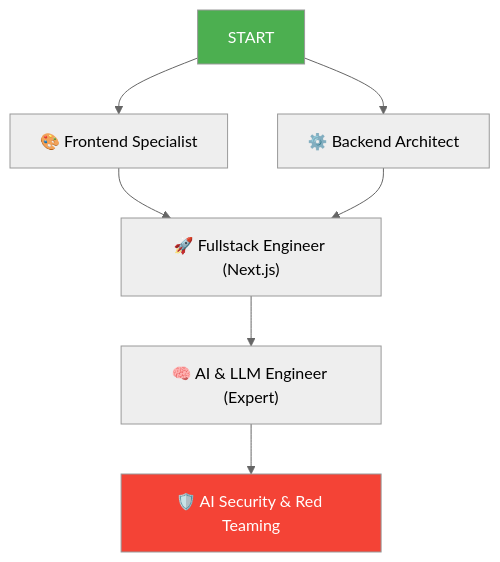
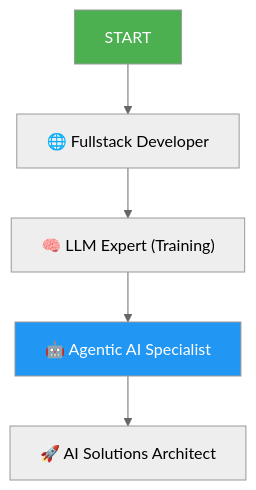
One commit to Sameer-Malik20/SusaGPT-Build-LLM-From-Scratch-With-Hinglish-Learning-Material changed the second of 2 diagrams in docs/README.md. Above: the diagram before and after it, drawn with Mermaid (neutral theme). The commit also changed other lines of this file and 22 other files, not shown here.

````diff
--- a/docs/README.md
+++ b/docs/README.md
@@ -67,12 +61,10 @@
 ```mermaid
 flowchart TD
-    S["START"] --> F["🎨 Frontend Specialist"]
-    S --> B["⚙️ Backend Architect"]
-    F --> FS["🚀 Fullstack Engineer (Next.js)"]
-    B --> FS
-    FS --> AI["🧠 AI & LLM Engineer (Expert)"]
-    AI --> SEC["🛡️ AI Security & Red Teaming"]
+    S["START"] --> WEB["🌐 Fullstack Developer"]
+    WEB --> LLM["🧠 LLM Expert (Training)"]
+    LLM --> AGENT["🤖 Agentic AI Specialist"]
+    AGENT --> OPS["🚀 AI Solutions Architect"]
 
     style S fill:#4CAF50,color:#fff
-    style SEC fill:#F44336,color:#fff
+    style AGENT fill:#2196F3,color:#fff
 ```
````
